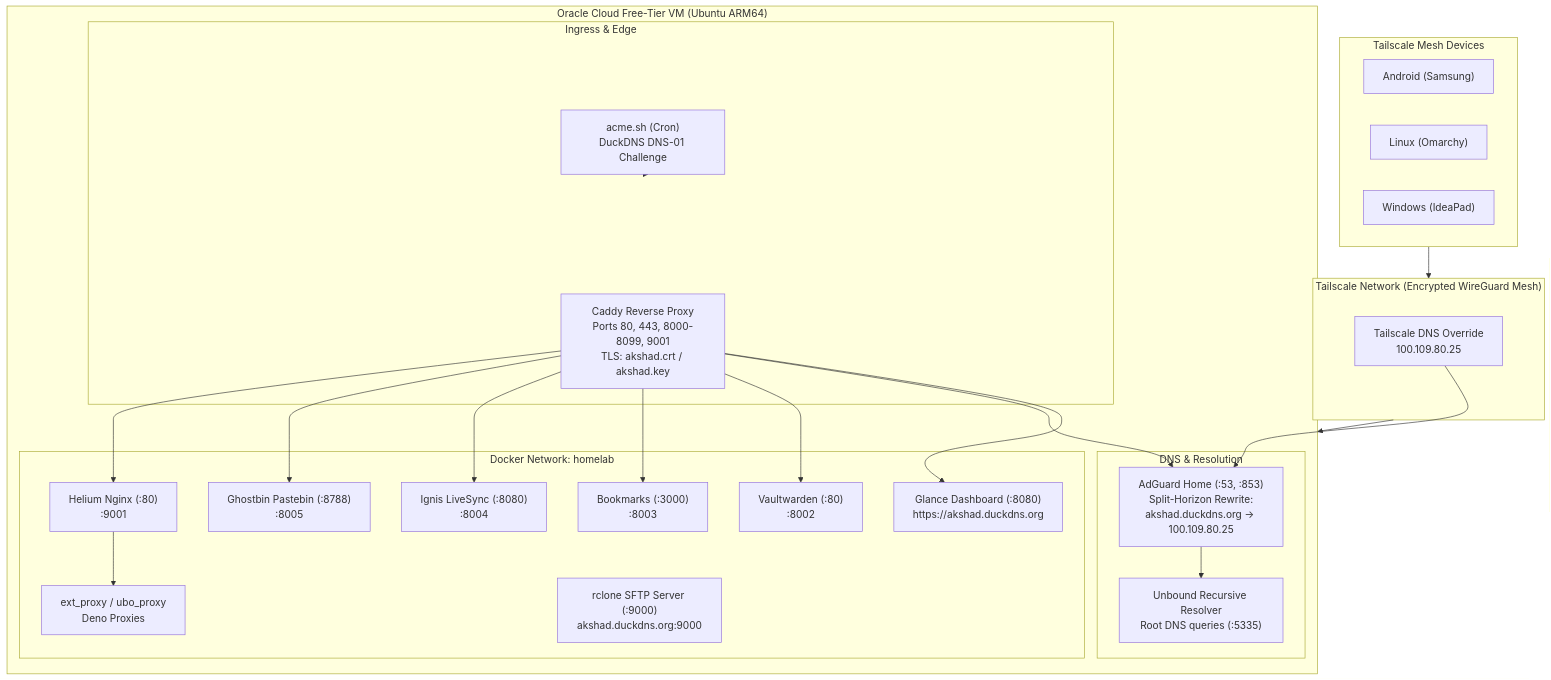
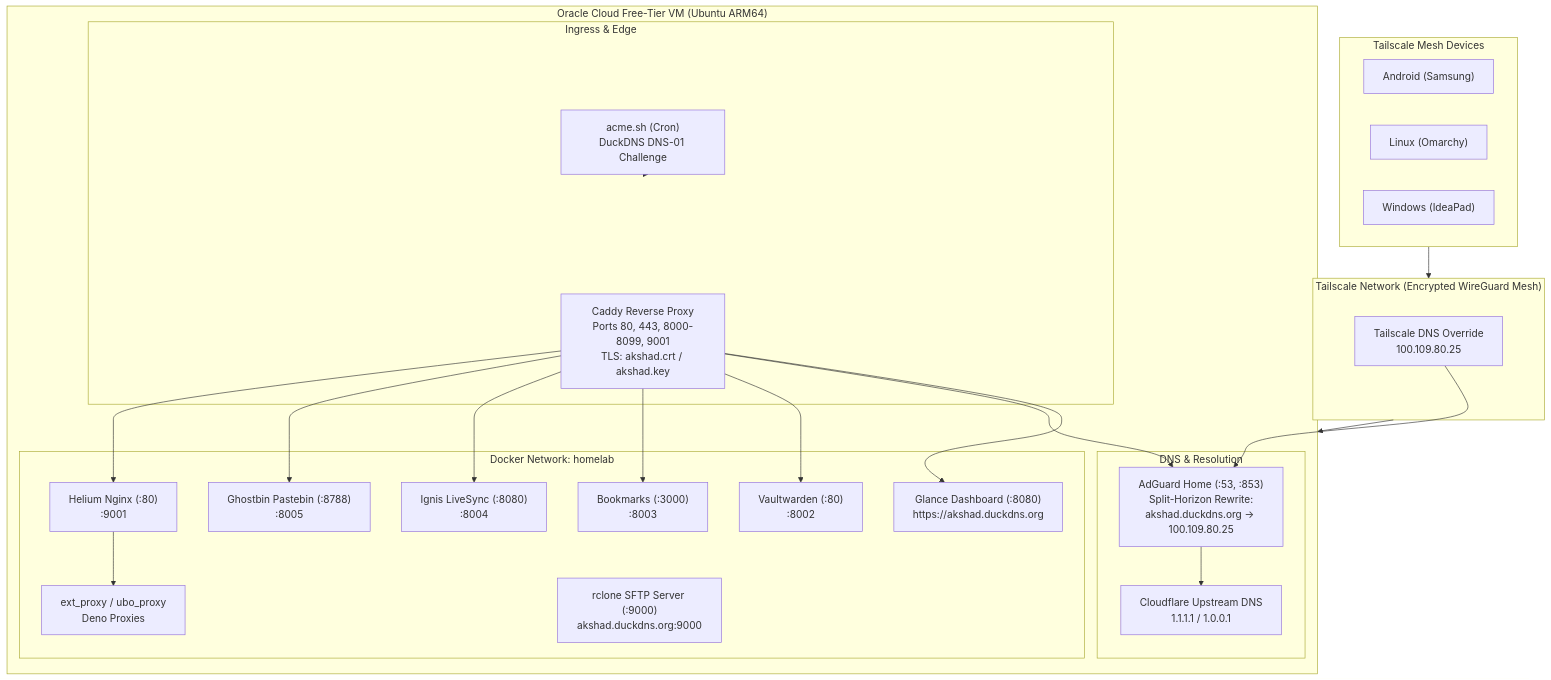
Before and after one commit to Akshad135/homelab: the diagram in diagrams/architecture.mmd, drawn with Mermaid. The commit also changed 8 other files, not shown here.

Commit message:
chore: remove unbound and switch AdGuard upstream to Cloudflare 1.1.1.1

```diff
--- a/diagrams/architecture.mmd
+++ b/diagrams/architecture.mmd
@@ -1,47 +1,47 @@
 flowchart TB
     subgraph Clients["Tailscale Mesh Devices"]
         phone["Android (Samsung)"]
         laptop["Linux (Omarchy)"]
         desktop["Windows (IdeaPad)"]
     end
 
     subgraph Tailnet["Tailscale Network (Encrypted WireGuard Mesh)"]
         dns_override["Tailscale DNS Override<br/>100.109.80.25"]
     end
 
     subgraph Oracle["Oracle Cloud Free-Tier VM (Ubuntu ARM64)"]
         subgraph Ingress["Ingress & Edge"]
             caddy["Caddy Reverse Proxy<br/>Ports 80, 443, 8000-8099, 9001<br/>TLS: akshad.crt / akshad.key"]
             acme["acme.sh (Cron)<br/>DuckDNS DNS-01 Challenge"]
         end
 
         subgraph DNS["DNS & Resolution"]
             adguard["AdGuard Home (:53, :853)<br/>Split-Horizon Rewrite:<br/>akshad.duckdns.org -> 100.109.80.25"]
-            unbound["Unbound Recursive Resolver<br/>Root DNS queries (:5335)"]
+            cloudflare["Cloudflare Upstream DNS<br/>1.1.1.1 / 1.0.0.1"]
         end
 
         subgraph HomelabNet["Docker Network: homelab"]
             glance["Glance Dashboard (:8080)<br/>https://akshad.duckdns.org"]
             vw["Vaultwarden (:80)<br/>:8002"]
             bm["Bookmarks (:3000)<br/>:8003"]
             ignis["Ignis LiveSync (:8080)<br/>:8004"]
             pastebin["Ghostbin Pastebin (:8788)<br/>:8005"]
             helium_nginx["Helium Nginx (:80)<br/>:9001"]
             helium_proxies["ext_proxy / ubo_proxy<br/>Deno Proxies"]
             rclone["rclone SFTP Server (:9000)<br/>akshad.duckdns.org:9000"]
         end
     end
 
     Clients --> Tailnet
     Tailnet --> Oracle
     dns_override --> adguard
-    adguard --> unbound
+    adguard --> cloudflare
     caddy --> glance
     caddy --> adguard
     caddy --> vw
     caddy --> bm
     caddy --> ignis
     caddy --> pastebin
     caddy --> helium_nginx
     helium_nginx --> helium_proxies
     acme -.-> Ingress
```
